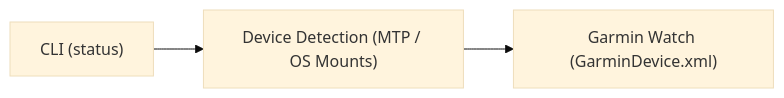
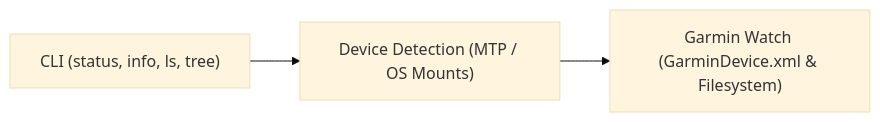
One commit to jvanheerikhuize/garmin-connector changed the diagram in spec/constitution.md. Above: the diagram before and after it, drawn with Mermaid (base theme). The commit also changed other lines of this file and 4 other files, not shown here.

````diff
--- a/spec/constitution.md
+++ b/spec/constitution.md
@@ -59,4 +60,4 @@
 ```mermaid
 flowchart LR
-    CLI["CLI (status)"] --> Detector["Device Detection (MTP / OS Mounts)"] --> Watch["Garmin Watch (GarminDevice.xml)"]
+    CLI["CLI (status, info, ls, tree)"] --> Detector["Device Detection (MTP / OS Mounts)"] --> Watch["Garmin Watch (GarminDevice.xml & Filesystem)"]
 ```
````
